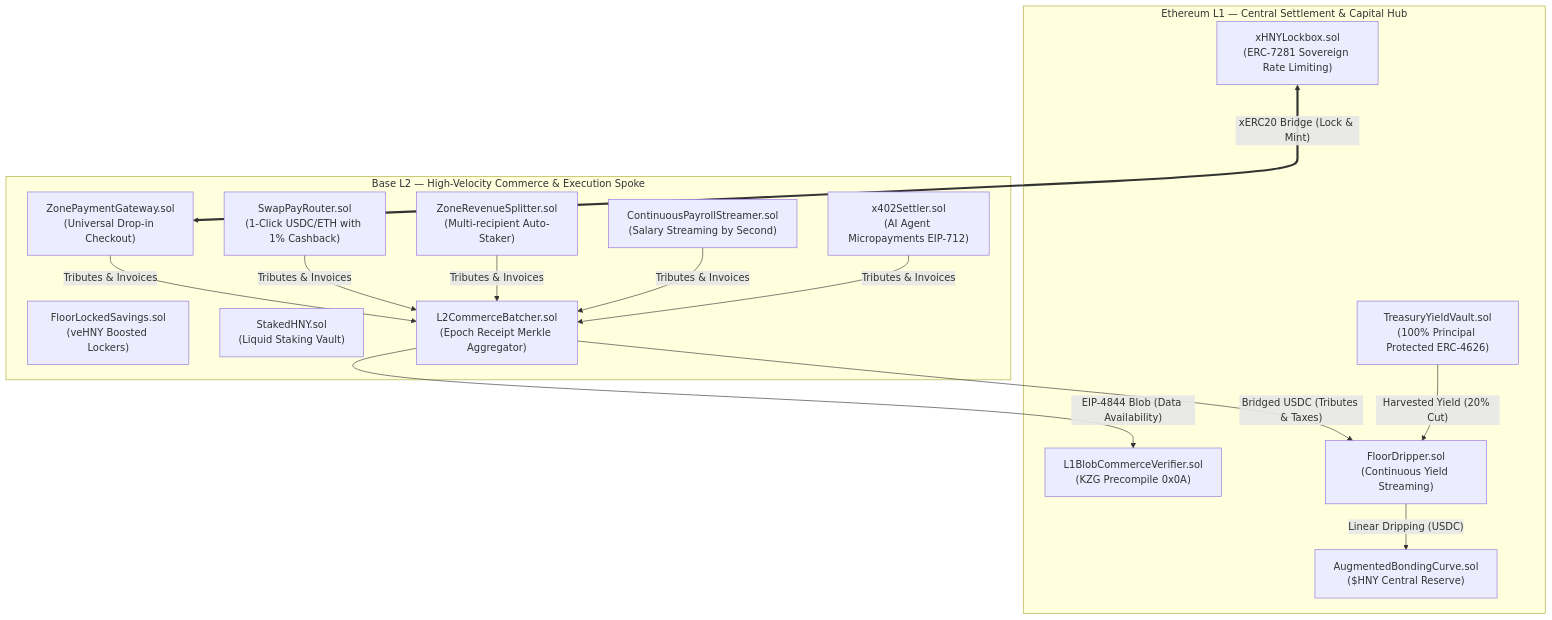
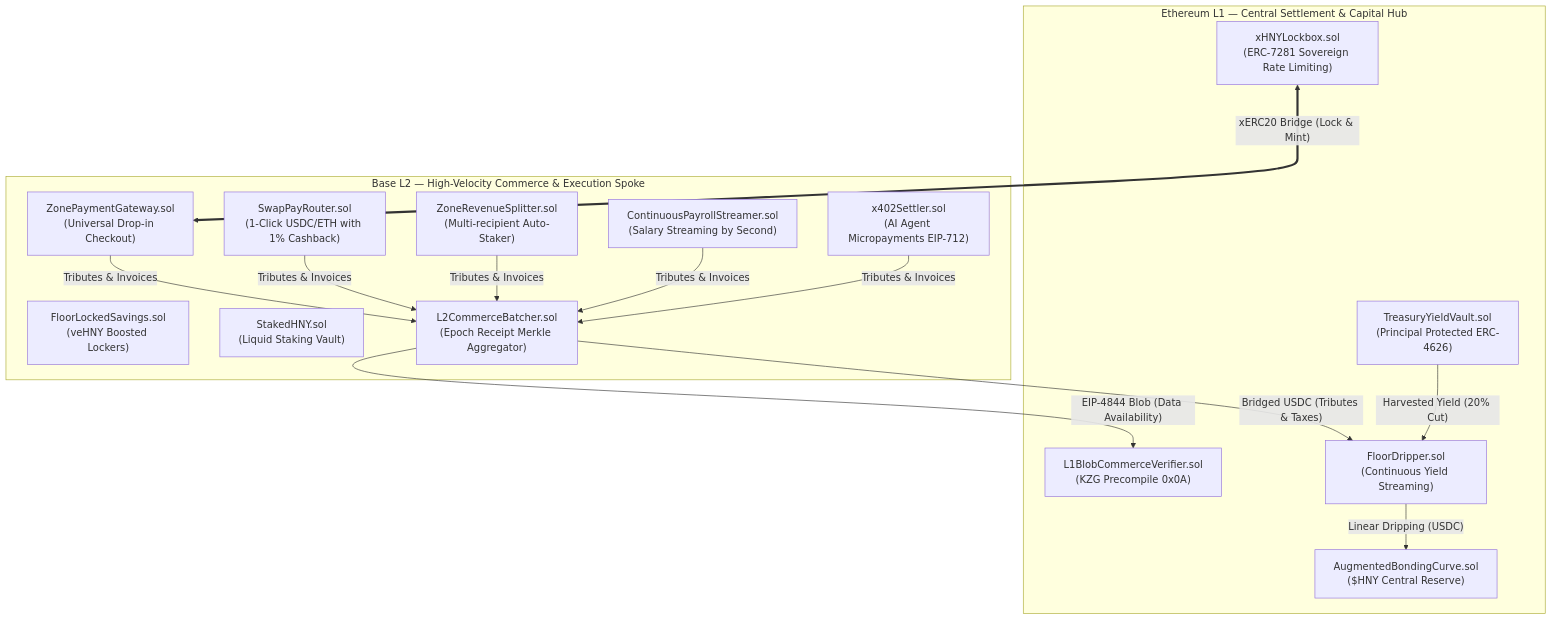
One commit to senhor-f/economic-zones changed the diagram in docs/architecture/index.md. Above: the diagram before and after it, drawn with Mermaid. The commit also changed other lines of this file and 19 other files, not shown here.

Commit message:
docs: remove emojis and convert readme architecture overview to mermaid

````diff
--- a/docs/architecture/index.md
+++ b/docs/architecture/index.md
@@ -7,28 +7,28 @@
 ```mermaid
 flowchart TB
     subgraph L1["Ethereum L1 — Central Settlement & Capital Hub"]
         ABC["AugmentedBondingCurve.sol<br/>($HNY Central Reserve)"]
-        TYV["TreasuryYieldVault.sol<br/>(100% Principal Protected ERC-4626)"]
+        TYV["TreasuryYieldVault.sol<br/>(Principal Protected ERC-4626)"]
         FD["FloorDripper.sol<br/>(Continuous Yield Streaming)"]
         LBV["L1BlobCommerceVerifier.sol<br/>(KZG Precompile 0x0A)"]
         XLOCK["xHNYLockbox.sol<br/>(ERC-7281 Sovereign Rate Limiting)"]
     end
 
     subgraph L2["Base L2 — High-Velocity Commerce & Execution Spoke"]
         ZPG["ZonePaymentGateway.sol<br/>(Universal Drop-in Checkout)"]
         SPR["SwapPayRouter.sol<br/>(1-Click USDC/ETH with 1% Cashback)"]
         ZRS["ZoneRevenueSplitter.sol<br/>(Multi-recipient Auto-Staker)"]
         CPS["ContinuousPayrollStreamer.sol<br/>(Salary Streaming by Second)"]
         X402["x402Settler.sol<br/>(AI Agent Micropayments EIP-712)"]
         FLS["FloorLockedSavings.sol<br/>(veHNY Boosted Lockers)"]
         SHNY["StakedHNY.sol<br/>(Liquid Staking Vault)"]
         BATCH["L2CommerceBatcher.sol<br/>(Epoch Receipt Merkle Aggregator)"]
     end
 
     XLOCK <===>|"xERC20 Bridge (Lock & Mint)"| ZPG
     ZPG & SPR & ZRS & CPS & X402 -->|Tributes & Invoices| BATCH
     BATCH -->|"EIP-4844 Blob (Data Availability)"| LBV
     BATCH -->|"Bridged USDC (Tributes & Taxes)"| FD
     FD -->|"Linear Dripping (USDC)"| ABC
     TYV -->|"Harvested Yield (20% Cut)"| FD
 ```
````
